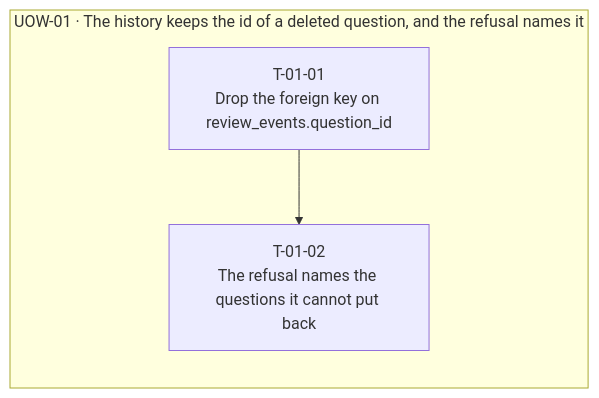
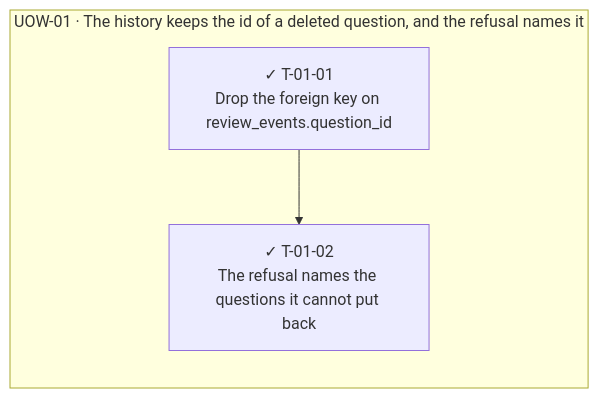
One commit to LocTran12310/examind changed the diagram in .ai/features/2026092401-history-keeps-ids/05-ticket-graph.md. Above: the diagram before and after it, drawn with Mermaid. The commit also changed other lines of this file and 13 other files, not shown here.

````diff
--- a/.ai/features/2026092401-history-keeps-ids/05-ticket-graph.md
+++ b/.ai/features/2026092401-history-keeps-ids/05-ticket-graph.md
@@ -22,8 +22,8 @@
 ```mermaid
 graph LR
   subgraph UOW_01["UOW-01 · The history keeps the id of a deleted question, and the refusal names it"]
-    T_01_01["T-01-01<br/>Drop the foreign key on review_events.question_id"]
-    T_01_02["T-01-02<br/>The refusal names the questions it cannot put back"]
+    T_01_01["✓ T-01-01<br/>Drop the foreign key on review_events.question_id"]
+    T_01_02["✓ T-01-02<br/>The refusal names the questions it cannot put back"]
   end
   T_01_01 --> T_01_02
 ```
````
